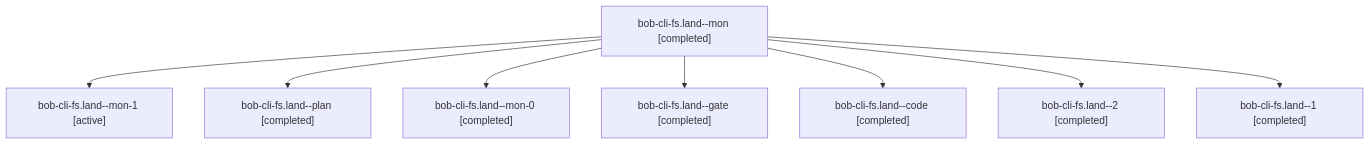
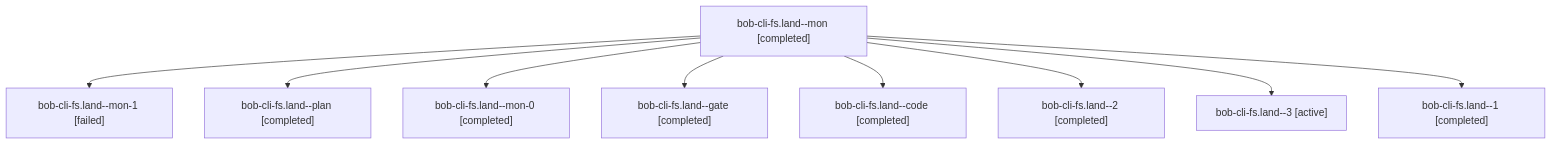
Before and after one commit to bobs-org/bob-cli--agents: the diagram in sessions/bbugyi200.athena.bob-cli-fs.land.md, drawn with Mermaid. The commit also changed other lines of this file and 119 other files, not shown here.

````diff
--- a/sessions/bbugyi200.athena.bob-cli-fs.land.md
+++ b/sessions/bbugyi200.athena.bob-cli-fs.land.md
@@ -9,18 +9,20 @@
 ```mermaid
 flowchart TD
   n0["bob-cli-fs.land--mon [completed]"]
-  n1["bob-cli-fs.land--mon-1 [active]"]
+  n1["bob-cli-fs.land--mon-1 [failed]"]
   n0 --> n1
   n2["bob-cli-fs.land--plan [completed]"]
   n0 --> n2
   n3["bob-cli-fs.land--mon-0 [completed]"]
   n0 --> n3
   n4["bob-cli-fs.land--gate [completed]"]
   n0 --> n4
   n5["bob-cli-fs.land--code [completed]"]
   n0 --> n5
   n6["bob-cli-fs.land--2 [completed]"]
   n0 --> n6
-  n7["bob-cli-fs.land--1 [completed]"]
+  n7["bob-cli-fs.land--3 [active]"]
   n0 --> n7
+  n8["bob-cli-fs.land--1 [completed]"]
+  n0 --> n8
 ```
````
